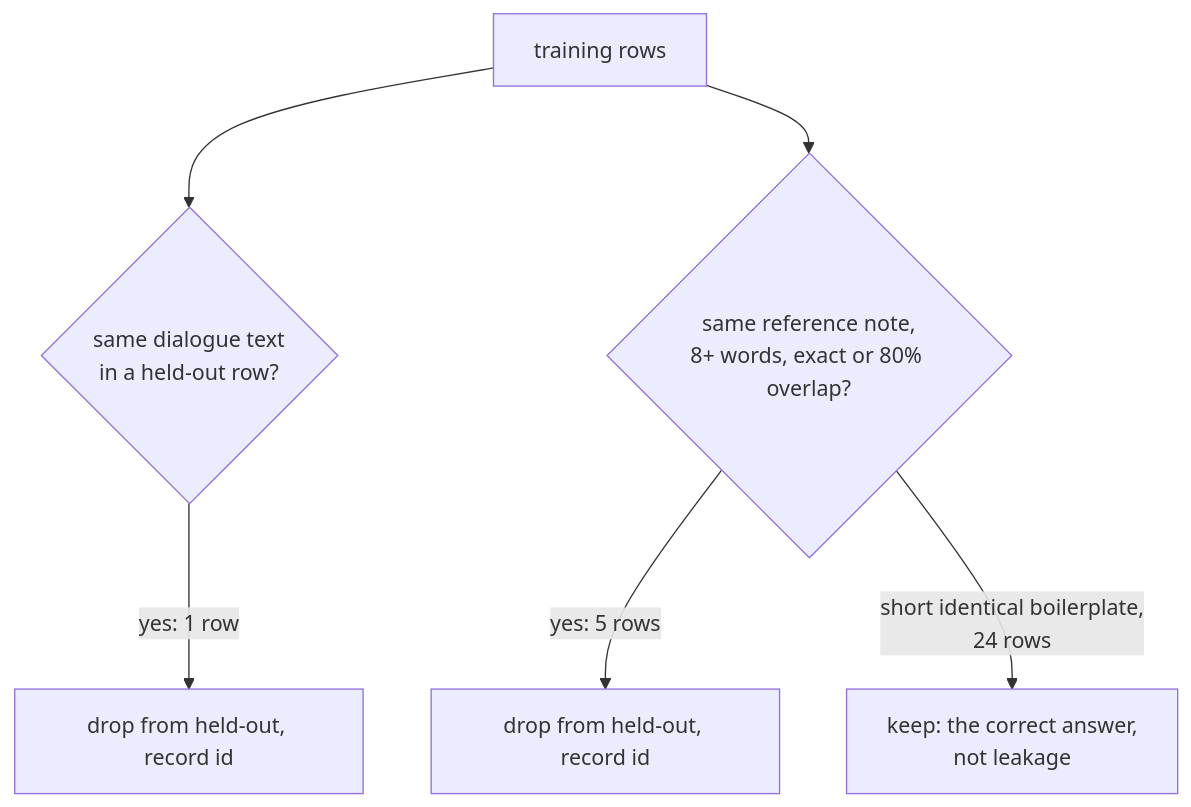
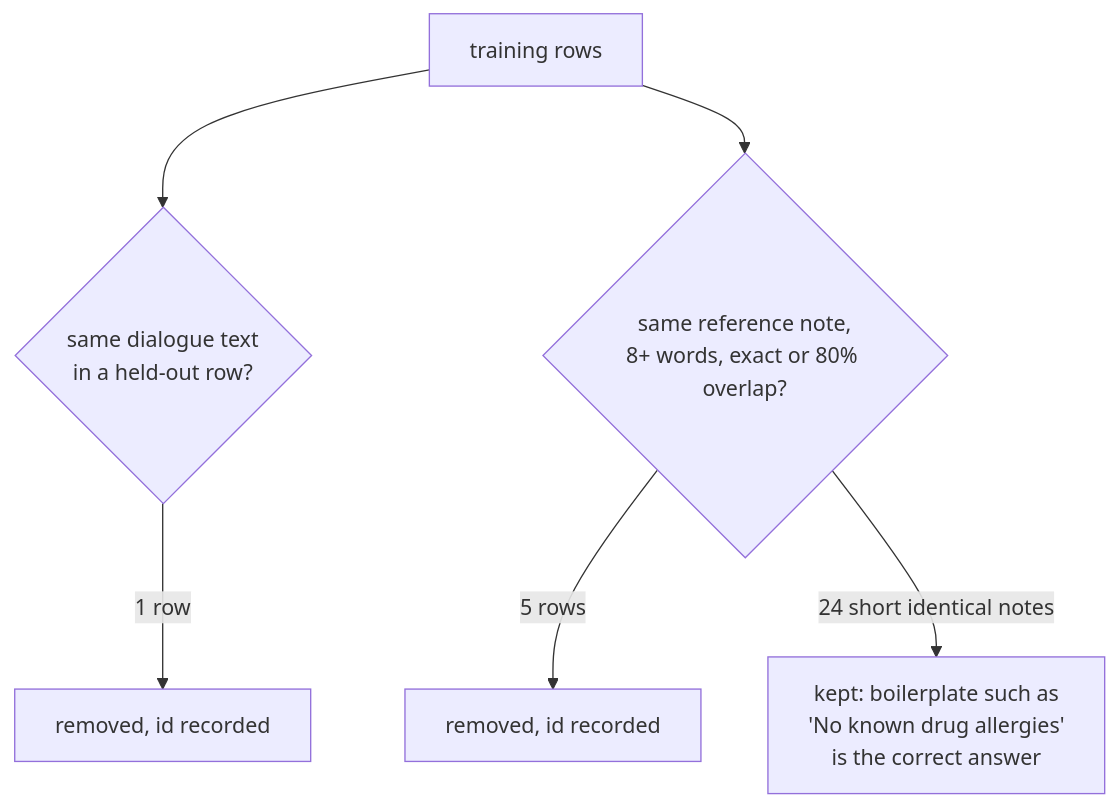
One commit to J-Jurza/lora-eval-lab changed the second of 4 diagrams in WALKTHROUGH.md. Above: the diagram before and after it, drawn with Mermaid. The commit also changed other lines of this file and 1 other file, not shown here.

````diff
--- a/WALKTHROUGH.md
+++ b/WALKTHROUGH.md
@@ -78,8 +90,8 @@
 ```mermaid
 flowchart TD
     T["training rows"] --> C1{"same dialogue text<br/>in a held-out row?"}
     T --> C2{"same reference note,<br/>8+ words, exact or 80% overlap?"}
-    C1 -->|"yes: 1 row"| X1["drop from held-out, record id"]
-    C2 -->|"yes: 5 rows"| X2["drop from held-out, record id"]
-    C2 -->|"short identical boilerplate,<br/>24 rows"| K["keep: the correct answer,<br/>not leakage"]
+    C1 -->|"1 row"| X1["removed, id recorded"]
+    C2 -->|"5 rows"| X2["removed, id recorded"]
+    C2 -->|"24 short identical notes"| K["kept: boilerplate such as<br/>'No known drug allergies'<br/>is the correct answer"]
 ```
````
